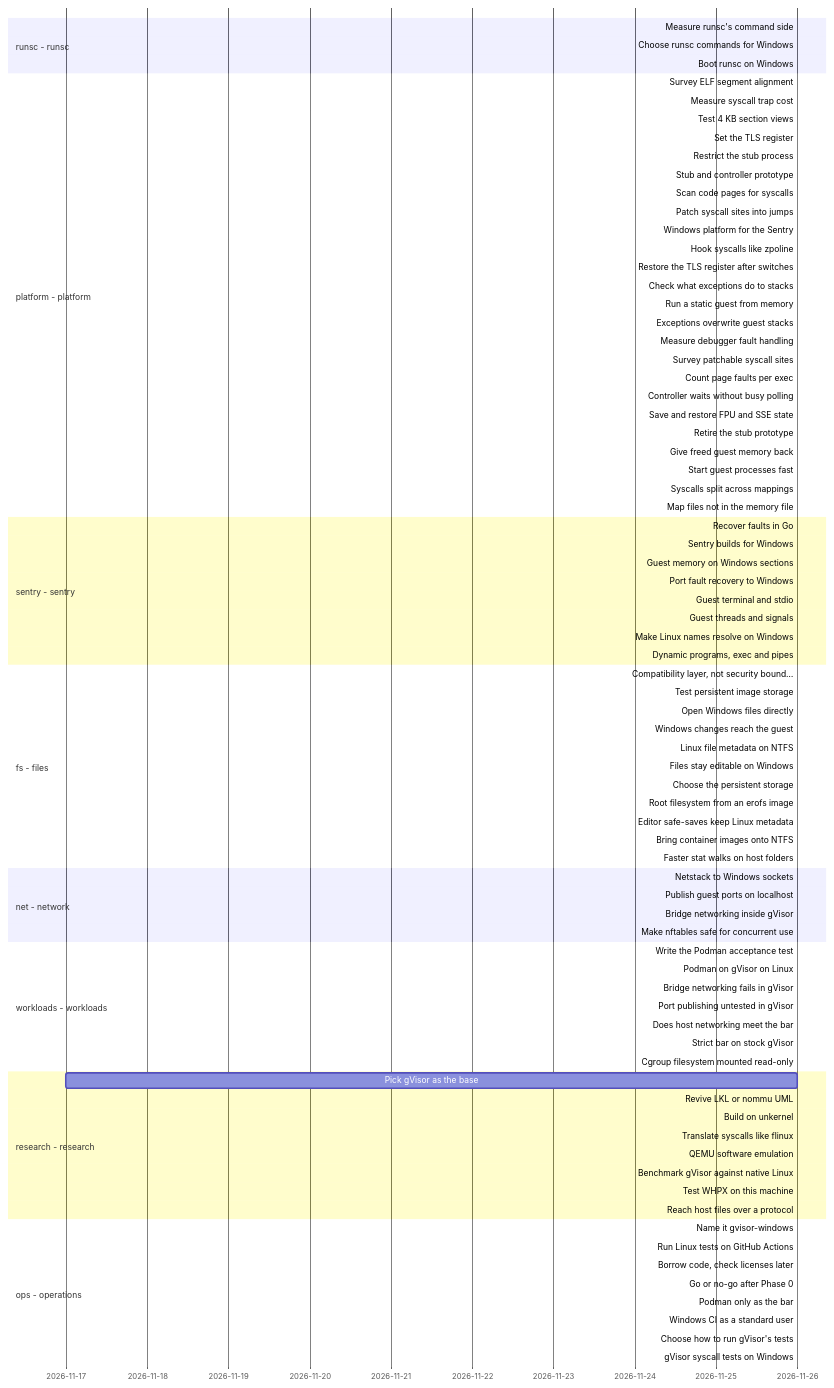
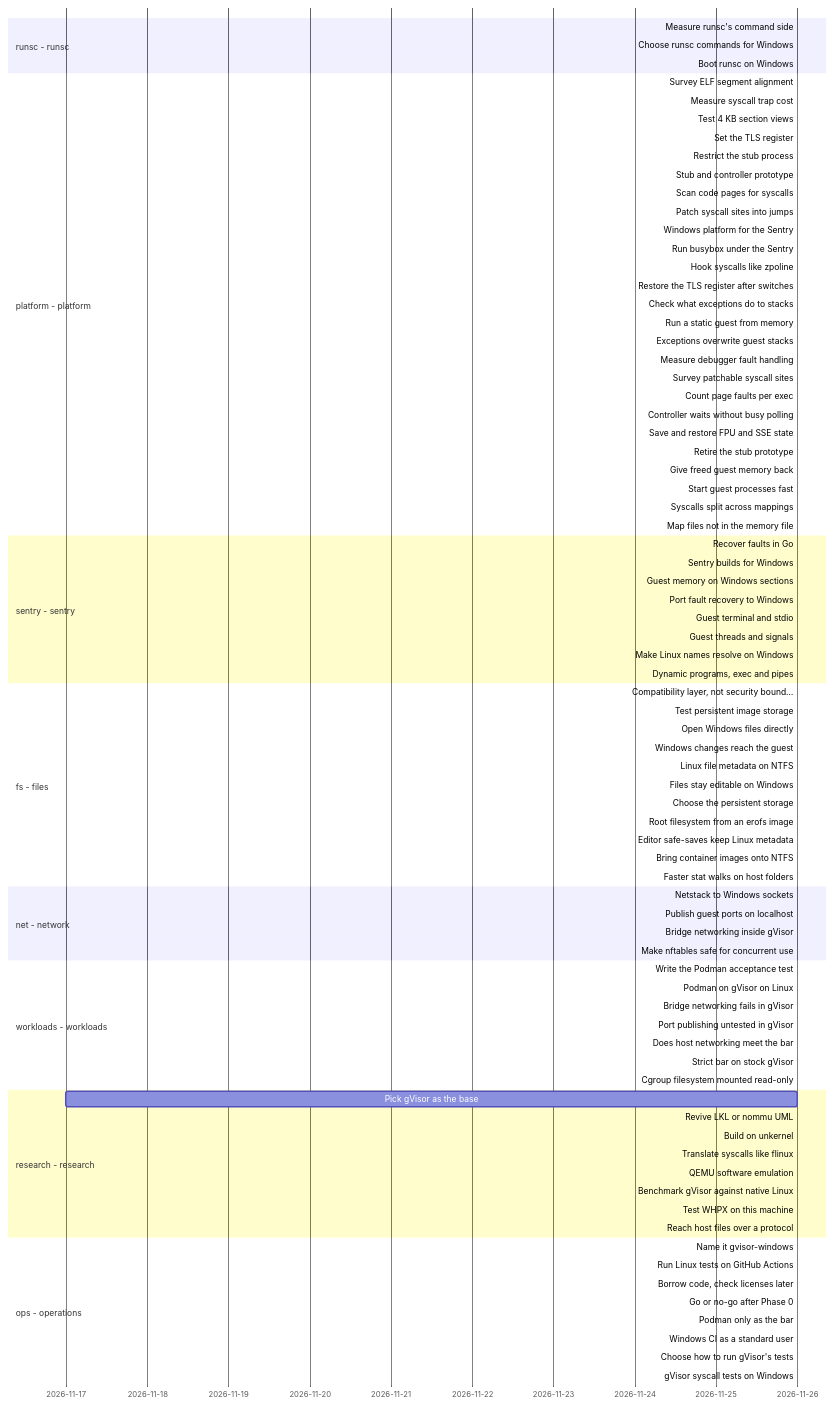
Before and after one commit to lhns/gvisor-windows: the diagram in docs/roadmap/timeline.md, drawn with Mermaid. The commit also changed other lines of this file and 4 other files, not shown here.

```diff
--- a/docs/roadmap/timeline.md
+++ b/docs/roadmap/timeline.md
@@ -25,6 +25,7 @@
     Scan code pages for syscalls :platform_page_verification, 2026-11-26, 2026-11-26
     Patch syscall sites into jumps :platform_syscall_fast_path, 2026-11-26, 2026-11-26
     Windows platform for the Sentry :platform_winstub, 2026-11-26, 2026-11-26
+    Run busybox under the Sentry :platform_busybox_on_windows, 2026-11-26, 2026-11-26
     Hook syscalls like zpoline :crit, platform_zpoline_hooks, 2026-11-26, 2026-11-26
     Restore the TLS register after switches :platform_fs_base_repair, 2026-11-26, 2026-11-26
     Check what exceptions do to stacks :platform_exception_stack, 2026-11-26, 2026-11-26
```
